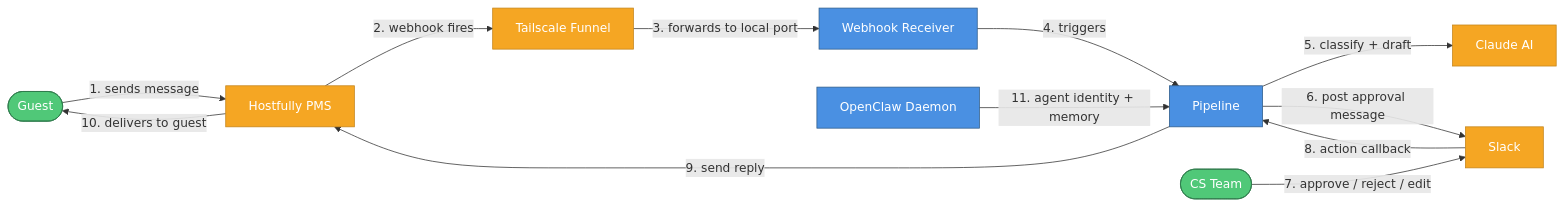
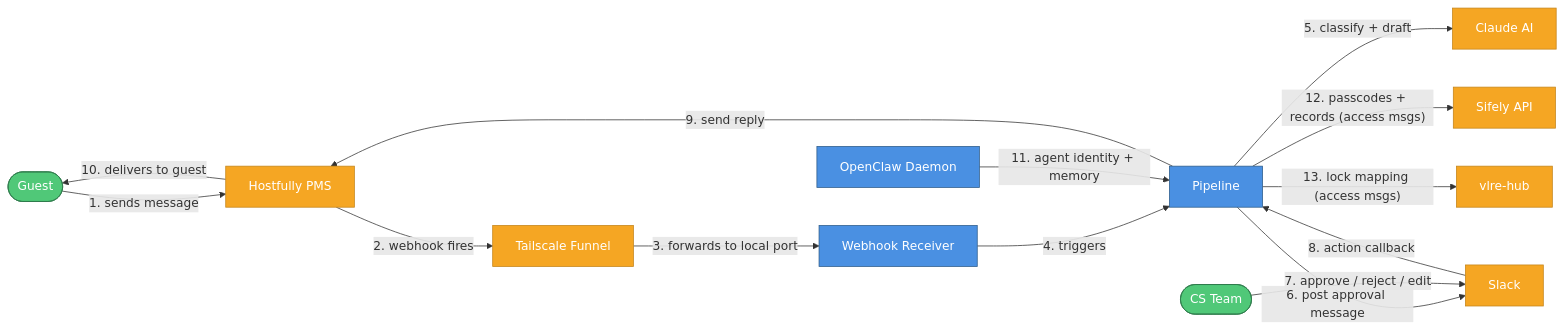
One commit to viiqswim/vlre-ai-employee changed the first of 11 diagrams in docs/2026-03-18-1312-architecture.md. Above: the diagram before and after it, drawn with Mermaid. The commit also changed other lines of this file and 1 other file, not shown here.

Commit message:
docs: update architecture + add Sifely lock integration feature doc

````diff
--- a/docs/2026-03-18-1312-architecture.md
+++ b/docs/2026-03-18-1312-architecture.md
@@ -25,22 +25,24 @@
 ```mermaid
 graph LR
     G([Guest]) -->|"1. sends message"| H[Hostfully PMS]
     H -->|"2. webhook fires"| TF[Tailscale Funnel]
     TF -->|"3. forwards to local port"| WR[Webhook Receiver]
     WR -->|"4. triggers"| PL[Pipeline]
     PL -->|"5. classify + draft"| C[Claude AI]
     PL -->|"6. post approval message"| S[Slack]
     CS([CS Team]) -->|"7. approve / reject / edit"| S
     S -->|"8. action callback"| PL
     PL -->|"9. send reply"| H
     H -->|"10. delivers to guest"| G
     OC[OpenClaw Daemon] -->|"11. agent identity + memory"| PL
+    PL -->|"12. passcodes + records (access msgs)"| SIF[Sifely API]
+    PL -->|"13. lock mapping (access msgs)"| HUB[vlre-hub]
 
     classDef service fill:#4A90E2,stroke:#2E5C8A,color:#fff
     classDef external fill:#F5A623,stroke:#C4841A,color:#fff
     classDef event fill:#50C878,stroke:#2D7A4A,color:#fff
 
     class WR,PL,OC service
-    class H,TF,C,S external
+    class H,TF,C,S,SIF,HUB external
     class G,CS event
 ```
````
